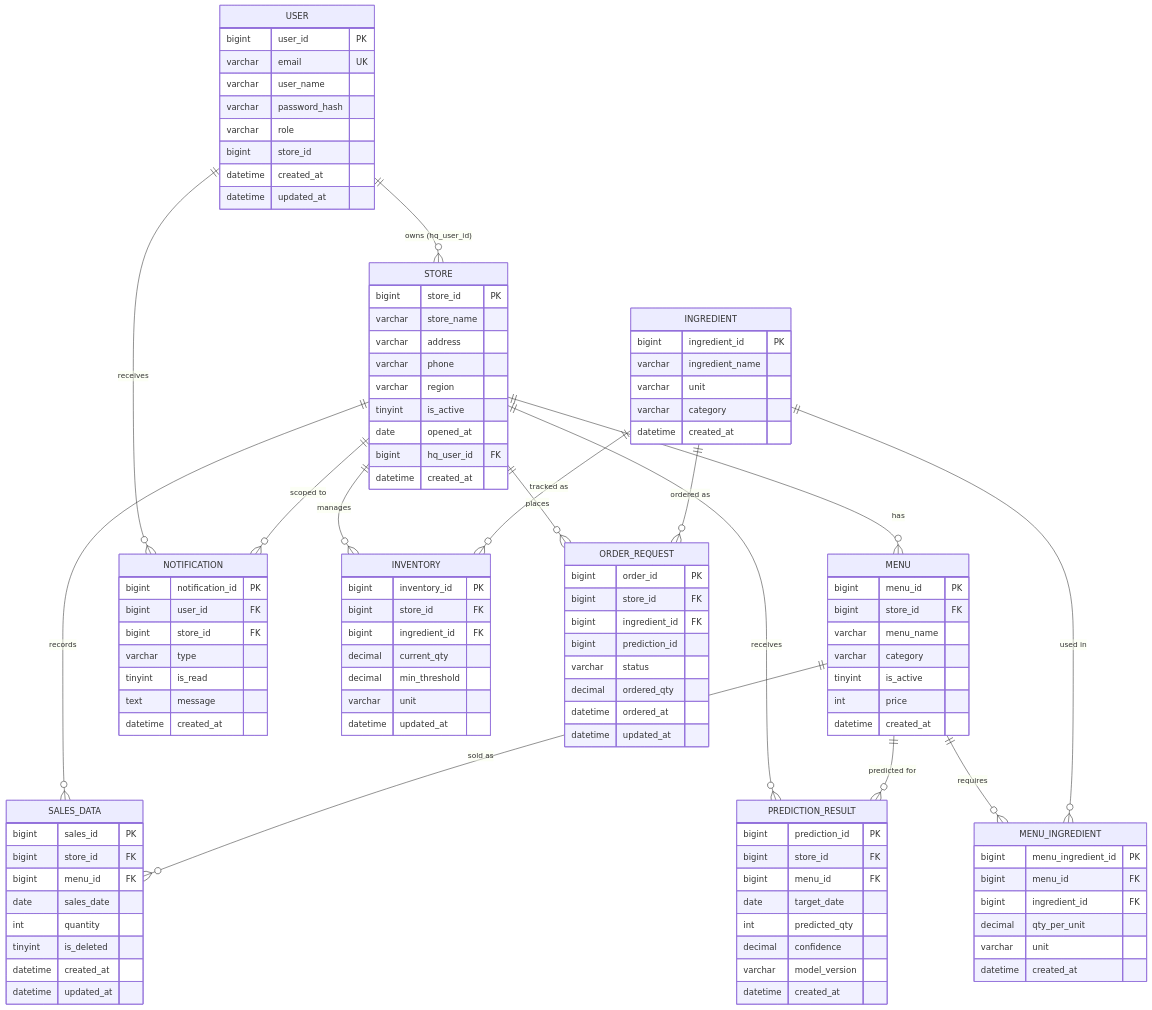
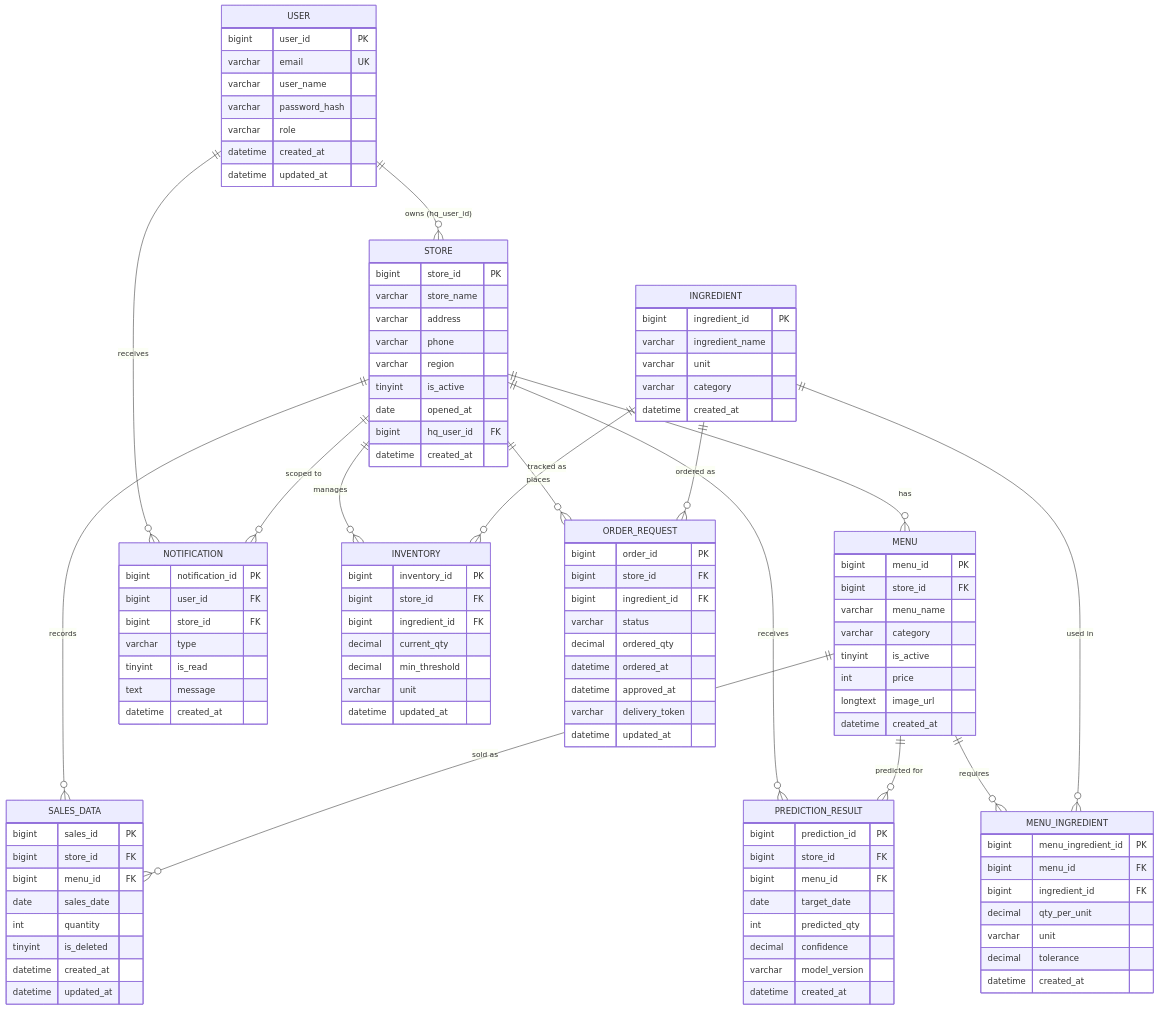
One commit to Food-G/FoodGuard changed the diagram in uml/er-diagram.md. Above: the diagram before and after it, drawn with Mermaid. The commit also changed other lines of this file and 3 other files, not shown here.

Commit message:
docs(uml): 아키텍처·ERD·시퀀스·유스케이스 갱신

```diff
--- a/uml/er-diagram.md
+++ b/uml/er-diagram.md
@@ -8,7 +8,6 @@
         varchar user_name
         varchar password_hash
         varchar role
-        bigint store_id
         datetime created_at
         datetime updated_at
     }
@@ -32,6 +31,7 @@
         varchar category
         tinyint is_active
         int price
+        longtext image_url
         datetime created_at
     }
 
@@ -91,6 +91,7 @@
         bigint ingredient_id FK
         decimal qty_per_unit
         varchar unit
+        decimal tolerance
         datetime created_at
     }
 
@@ -98,10 +99,11 @@
         bigint order_id PK
         bigint store_id FK
         bigint ingredient_id FK
-        bigint prediction_id
         varchar status
         decimal ordered_qty
         datetime ordered_at
+        datetime approved_at
+        varchar delivery_token
         datetime updated_at
     }
 
```
